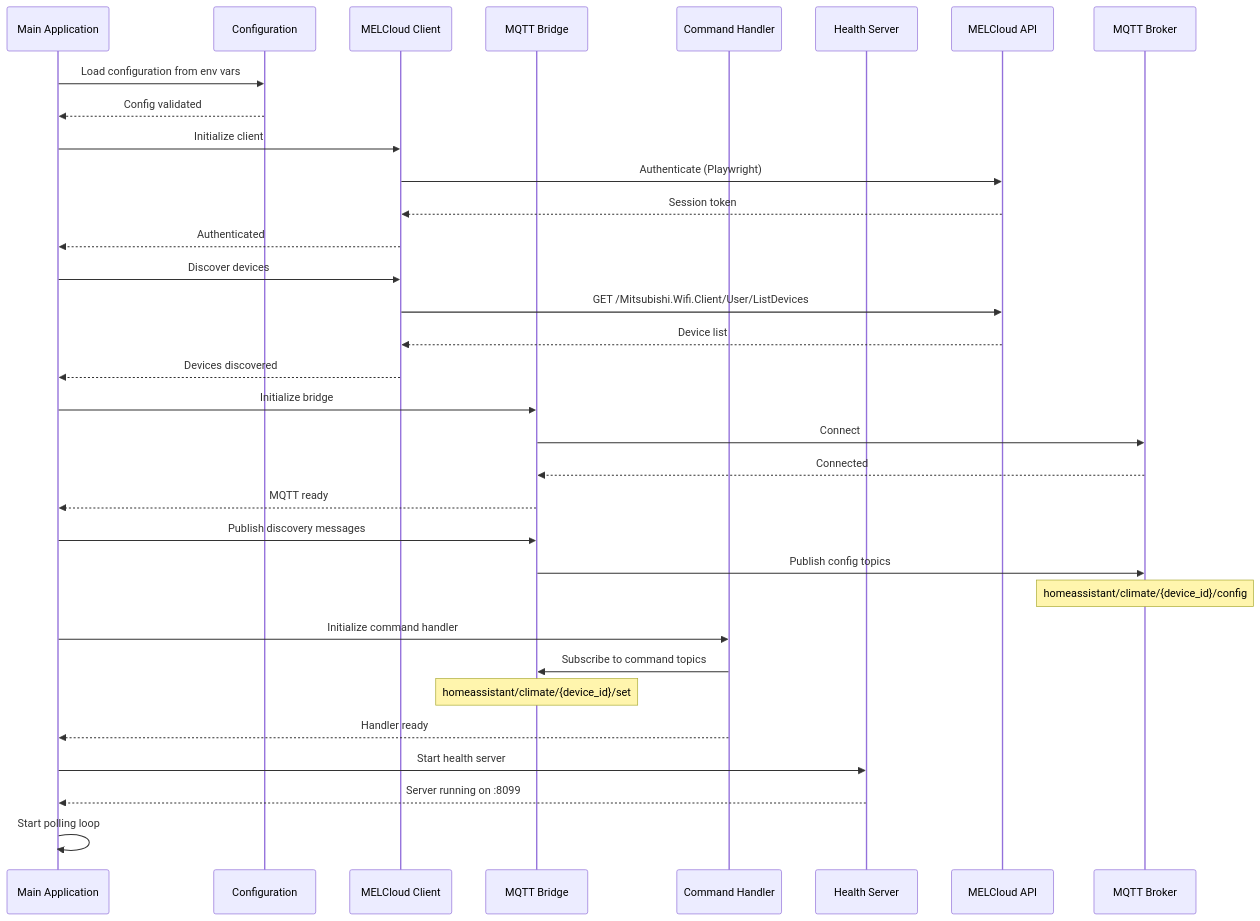
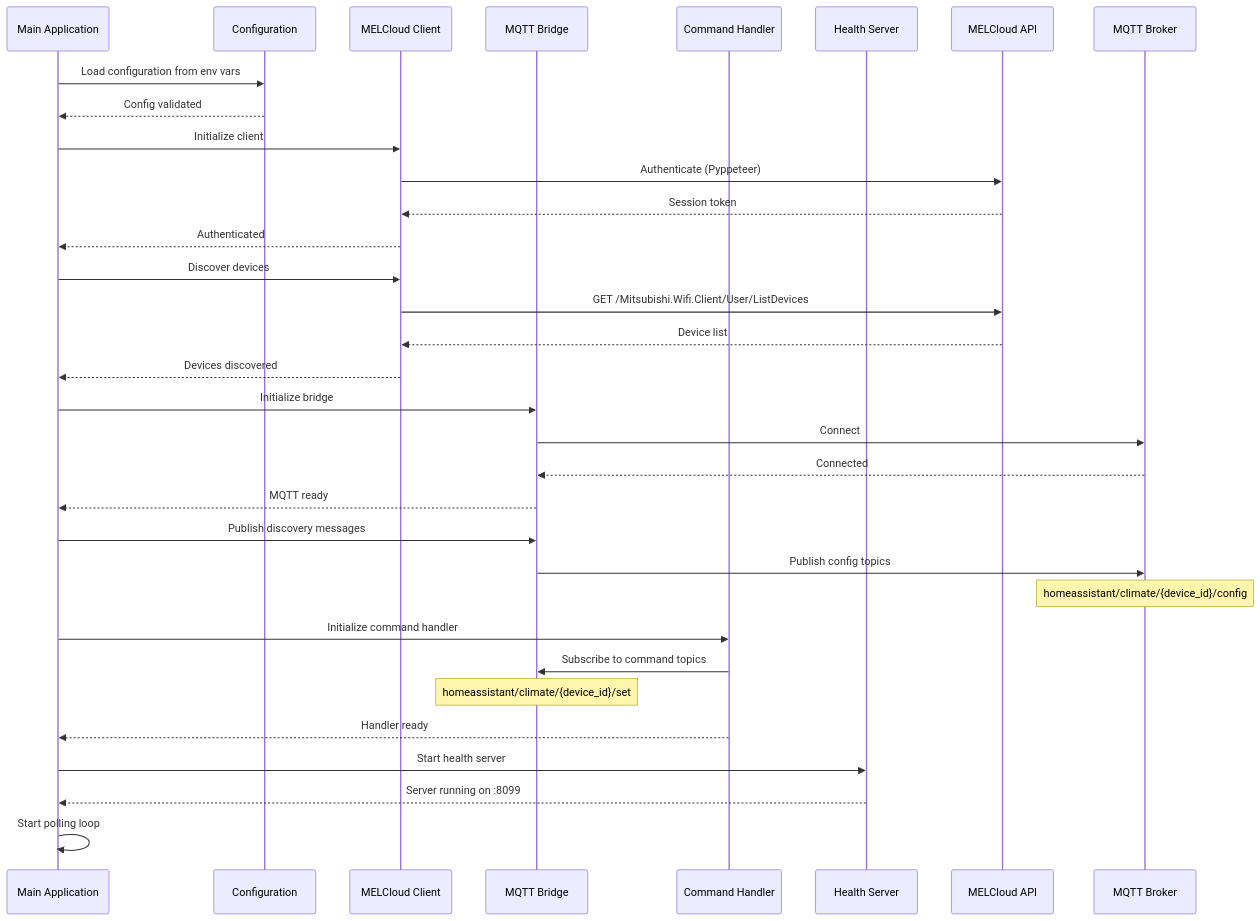
The second of 6 diagrams in docs/architecture.md (MHultman/melcloudhome-addon), drawn with Mermaid before and after one commit. The commit also changed 4 other files, not shown here.

Commit message:
refactor: Remove Playwright references and update documentation to reflect Pyppeteer usage

````diff
--- a/docs/architecture.md
+++ b/docs/architecture.md
@@ -50,43 +50,43 @@
 ```mermaid
 sequenceDiagram
     participant Main as Main Application
     participant Config as Configuration
     participant MEL as MELCloud Client
     participant MQTT as MQTT Bridge
     participant CMD as Command Handler
     participant Health as Health Server
     participant API as MELCloud API
     participant Broker as MQTT Broker
 
     Main->>Config: Load configuration from env vars
     Config-->>Main: Config validated
 
     Main->>MEL: Initialize client
-    MEL->>API: Authenticate (Playwright)
+    MEL->>API: Authenticate (Pyppeteer)
     API-->>MEL: Session token
     MEL-->>Main: Authenticated
 
     Main->>MEL: Discover devices
     MEL->>API: GET /Mitsubishi.Wifi.Client/User/ListDevices
     API-->>MEL: Device list
     MEL-->>Main: Devices discovered
 
     Main->>MQTT: Initialize bridge
     MQTT->>Broker: Connect
     Broker-->>MQTT: Connected
     MQTT-->>Main: MQTT ready
 
     Main->>MQTT: Publish discovery messages
     MQTT->>Broker: Publish config topics
     Note over Broker: homeassistant/climate/{device_id}/config
 
     Main->>CMD: Initialize command handler
     CMD->>MQTT: Subscribe to command topics
     Note over MQTT: homeassistant/climate/{device_id}/set
     CMD-->>Main: Handler ready
 
     Main->>Health: Start health server
     Health-->>Main: Server running on :8099
 
     Main->>Main: Start polling loop
 ```
````
